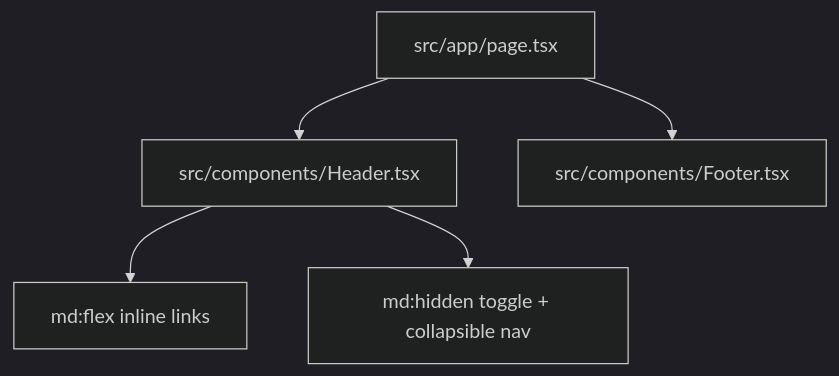
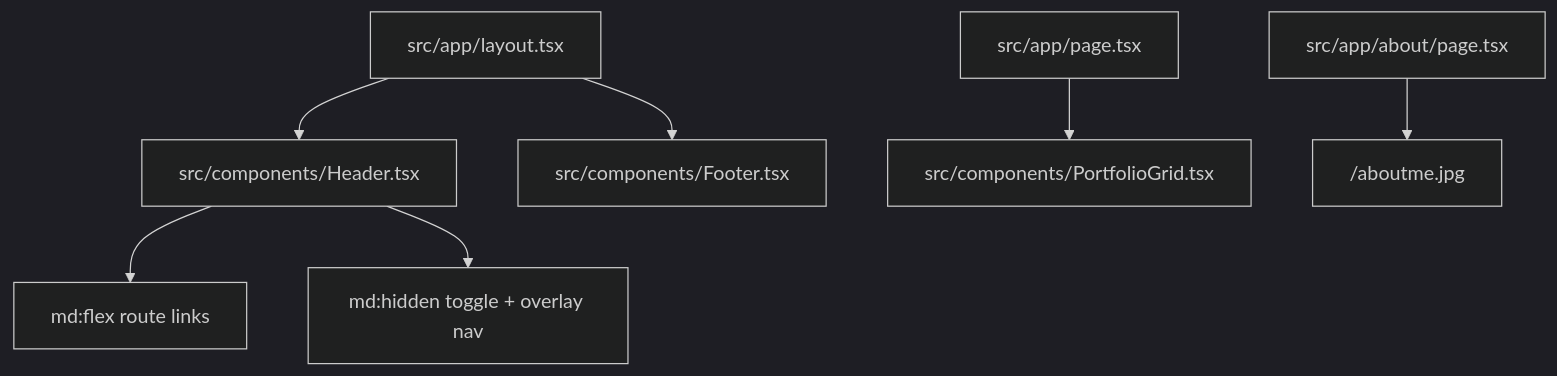
One commit to vele616/website-black-vomit changed the diagram in lode/ui/summary.md. Above: the diagram before and after it, drawn with Mermaid (dark theme). The commit also changed other lines of this file and 27 other files, not shown here.

````diff
--- a/lode/ui/summary.md
+++ b/lode/ui/summary.md
@@ -10,7 +14,9 @@
 ```mermaid
 graph TD
-  Home["src/app/page.tsx"] --> Header["src/components/Header.tsx"]
-  Home --> Footer["src/components/Footer.tsx"]
-  Header --> DesktopNav["md:flex inline links"]
-  Header --> MobileNav["md:hidden toggle + collapsible nav"]
+  Layout["src/app/layout.tsx"] --> Header["src/components/Header.tsx"]
+  Layout --> Footer["src/components/Footer.tsx"]
+  Home["src/app/page.tsx"] --> PortfolioGrid["src/components/PortfolioGrid.tsx"]
+  About["src/app/about/page.tsx"] --> AboutImage["/aboutme.jpg"]
+  Header --> DesktopNav["md:flex route links"]
+  Header --> MobileNav["md:hidden toggle + overlay nav"]
 ```
````
